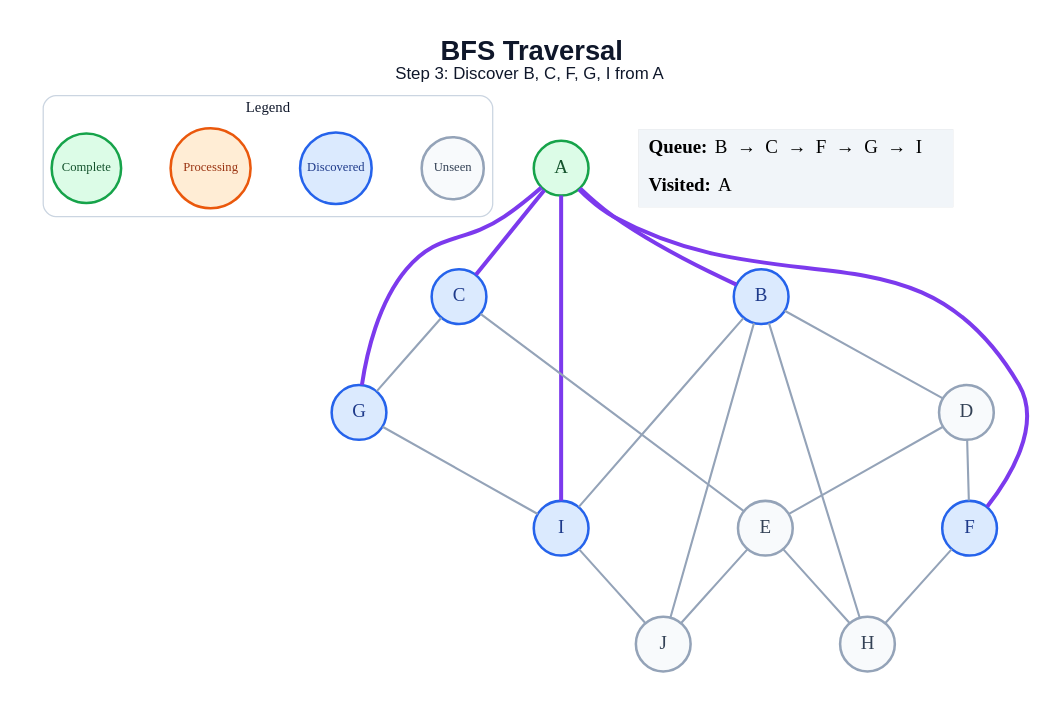
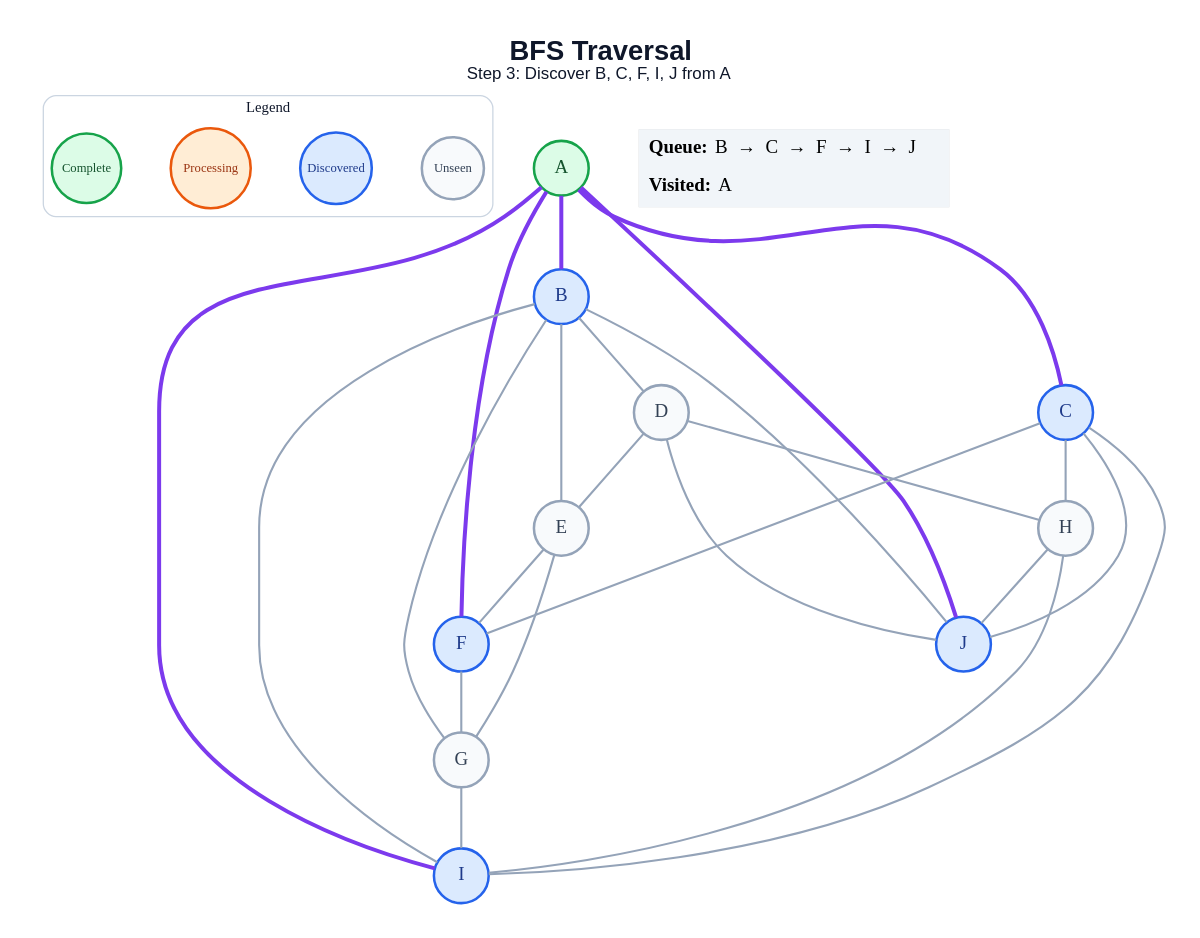
One commit to amanghodawala9/ai-slop changed the diagram in generated/bfs/step_03.dot. Above: the diagram before and after it, drawn with Graphviz. The commit also changed 178 other files, not shown here.

```diff
--- a/generated/bfs/step_03.dot
+++ b/generated/bfs/step_03.dot
@@ -1,47 +1,52 @@
 graph traversal {
   graph [layout=dot, rankdir=TB, bgcolor="#FFFFFF", pad="0.35", nodesep="0.65", ranksep="0.8", fontname="Arial"];
   node [shape=circle, style="filled", fontname="Arial Bold", fontsize=18, width=0.72, fixedsize=true, penwidth=2.4];
   edge [color="#94A3B8", penwidth=2.0];
-  label=<<B>BFS Traversal</B><BR/><FONT POINT-SIZE="16">Step 3: Discover B, C, F, G, I from A</FONT>>; labelloc="t"; fontsize=26; fontname="Arial"; fontcolor="#0F172A";
+  label=<<B>BFS Traversal</B><BR/><FONT POINT-SIZE="16">Step 3: Discover B, C, F, I, J from A</FONT>>; labelloc="t"; fontsize=26; fontname="Arial"; fontcolor="#0F172A";
   subgraph cluster_legend { label="Legend"; color="#CBD5E1"; penwidth=1.2; style="rounded"; fontsize=14; fontname="Arial Bold";
     key_unseen [label="Unseen", fillcolor="#F8FAFC", color="#94A3B8", fontcolor="#334155", fontsize=12, width=0.82];
     key_frontier [label="Discovered", fillcolor="#DBEAFE", color="#2563EB", fontcolor="#1E3A8A", fontsize=12, width=0.95];
     key_current [label="Processing", fillcolor="#FFEDD5", color="#EA580C", fontcolor="#9A3412", fontsize=12, width=1.05];
     key_done [label="Complete", fillcolor="#DCFCE7", color="#16A34A", fontcolor="#14532D", fontsize=12, width=0.92];
     { rank=same; key_unseen; key_frontier; key_current; key_done; }
   }
   A [fillcolor="#DCFCE7", color="#16A34A", fontcolor="#14532D"];
   B [fillcolor="#DBEAFE", color="#2563EB", fontcolor="#1E3A8A"];
   C [fillcolor="#DBEAFE", color="#2563EB", fontcolor="#1E3A8A"];
   D [fillcolor="#F8FAFC", color="#94A3B8", fontcolor="#334155"];
   E [fillcolor="#F8FAFC", color="#94A3B8", fontcolor="#334155"];
   F [fillcolor="#DBEAFE", color="#2563EB", fontcolor="#1E3A8A"];
-  G [fillcolor="#DBEAFE", color="#2563EB", fontcolor="#1E3A8A"];
+  G [fillcolor="#F8FAFC", color="#94A3B8", fontcolor="#334155"];
   H [fillcolor="#F8FAFC", color="#94A3B8", fontcolor="#334155"];
   I [fillcolor="#DBEAFE", color="#2563EB", fontcolor="#1E3A8A"];
-  J [fillcolor="#F8FAFC", color="#94A3B8", fontcolor="#334155"];
+  J [fillcolor="#DBEAFE", color="#2563EB", fontcolor="#1E3A8A"];
   A -- B [color="#7C3AED", penwidth=3.8];
   A -- C [color="#7C3AED", penwidth=3.8];
   A -- F [color="#7C3AED", penwidth=3.8];
-  A -- G [color="#7C3AED", penwidth=3.8];
   A -- I [color="#7C3AED", penwidth=3.8];
+  A -- J [color="#7C3AED", penwidth=3.8];
   B -- D;
-  B -- H;
+  B -- E;
+  B -- G;
   B -- I;
   B -- J;
-  C -- E;
-  C -- G;
+  C -- F;
+  C -- H;
+  C -- I;
+  C -- J;
   D -- E;
-  D -- F;
-  E -- H;
-  E -- J;
-  F -- H;
+  D -- H;
+  D -- J;
+  E -- F;
+  E -- G;
+  F -- G;
   G -- I;
-  I -- J;
+  H -- I;
+  H -- J;
   status [shape=plain, fixedsize=false, width=0, height=0, margin=0, label=<
     <TABLE BORDER="0" CELLBORDER="0" CELLPADDING="7" BGCOLOR="#F1F5F9">
-      <TR><TD ALIGN="LEFT"><B>Queue:</B> B  →  C  →  F  →  G  →  I</TD></TR>
+      <TR><TD ALIGN="LEFT"><B>Queue:</B> B  →  C  →  F  →  I  →  J</TD></TR>
       <TR><TD ALIGN="LEFT"><B>Visited:</B> A</TD></TR>
     </TABLE>
   >];
 }
```
